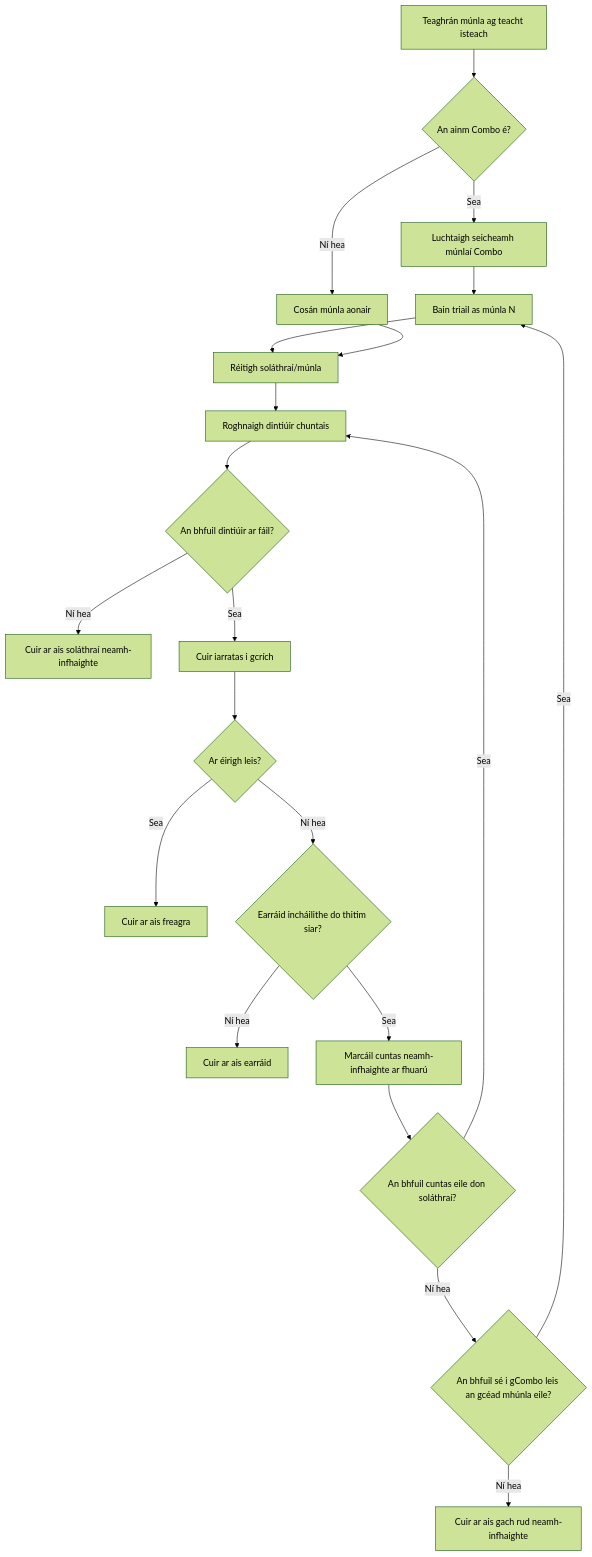
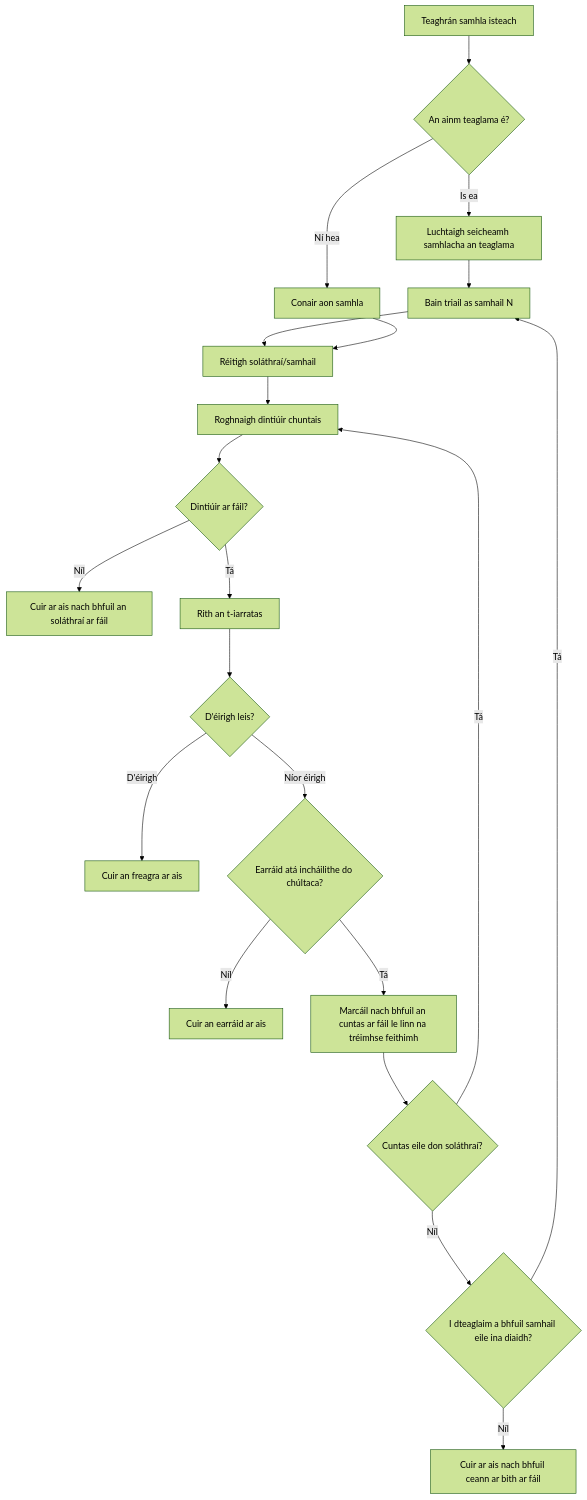
Before and after one commit to Abhijeet1520/OmniRoute: the third of 7 diagrams in docs/i18n/ga/docs/architecture/ARCHITECTURE.md, drawn with Mermaid (forest theme). The commit also changed other lines of this file and 1154 other files, not shown here.

````diff
--- a/docs/i18n/ga/docs/architecture/ARCHITECTURE.md
+++ b/docs/i18n/ga/docs/architecture/ARCHITECTURE.md
@@ -611,27 +603,27 @@
 ```mermaid
 flowchart TD
-    A[Teaghrán múnla ag teacht isteach] --> B{An ainm Combo é?}
-    B -- Sea --> C[Luchtaigh seicheamh múnlaí Combo]
-    B -- Ní hea --> D[Cosán múnla aonair]
+    A[Teaghrán samhla isteach] --> B{An ainm teaglama é?}
+    B -- Is ea --> C[Luchtaigh seicheamh samhlacha an teaglama]
+    B -- Ní hea --> D[Conair aon samhla]
 
-    C --> E[Bain triail as múnla N]
-    E --> F[Réitigh soláthraí/múnla]
+    C --> E[Bain triail as samhail N]
+    E --> F[Réitigh soláthraí/samhail]
     D --> F
 
     F --> G[Roghnaigh dintiúir chuntais]
-    G --> H{An bhfuil dintiúir ar fáil?}
-    H -- Ní hea --> I[Cuir ar ais soláthraí neamh-infhaighte]
-    H -- Sea --> J[Cuir iarratas i gcrích]
+    G --> H{Dintiúir ar fáil?}
+    H -- Níl --> I[Cuir ar ais nach bhfuil an soláthraí ar fáil]
+    H -- Tá --> J[Rith an t-iarratas]
 
-    J --> K{Ar éirigh leis?}
-    K -- Sea --> L[Cuir ar ais freagra]
-    K -- Ní hea --> M{Earráid incháilithe do thitim siar?}
+    J --> K{D'éirigh leis?}
+    K -- D'éirigh --> L[Cuir an freagra ar ais]
+    K -- Níor éirigh --> M{Earráid atá incháilithe do chúltaca?}
 
-    M -- Ní hea --> N[Cuir ar ais earráid]
-    M -- Sea --> O[Marcáil cuntas neamh-infhaighte ar fhuarú]
-    O --> P{An bhfuil cuntas eile don soláthraí?}
-    P -- Sea --> G
-    P -- Ní hea --> Q{An bhfuil sé i gCombo leis an gcéad mhúnla eile?}
-    Q -- Sea --> E
-    Q -- Ní hea --> R[Cuir ar ais gach rud neamh-infhaighte]
+    M -- Níl --> N[Cuir an earráid ar ais]
+    M -- Tá --> O[Marcáil nach bhfuil an cuntas ar fáil le linn na tréimhse feithimh]
+    O --> P{Cuntas eile don soláthraí?}
+    P -- Tá --> G
+    P -- Níl --> Q{I dteaglaim a bhfuil samhail eile ina diaidh?}
+    Q -- Tá --> E
+    Q -- Níl --> R[Cuir ar ais nach bhfuil ceann ar bith ar fáil]
 ```
````
